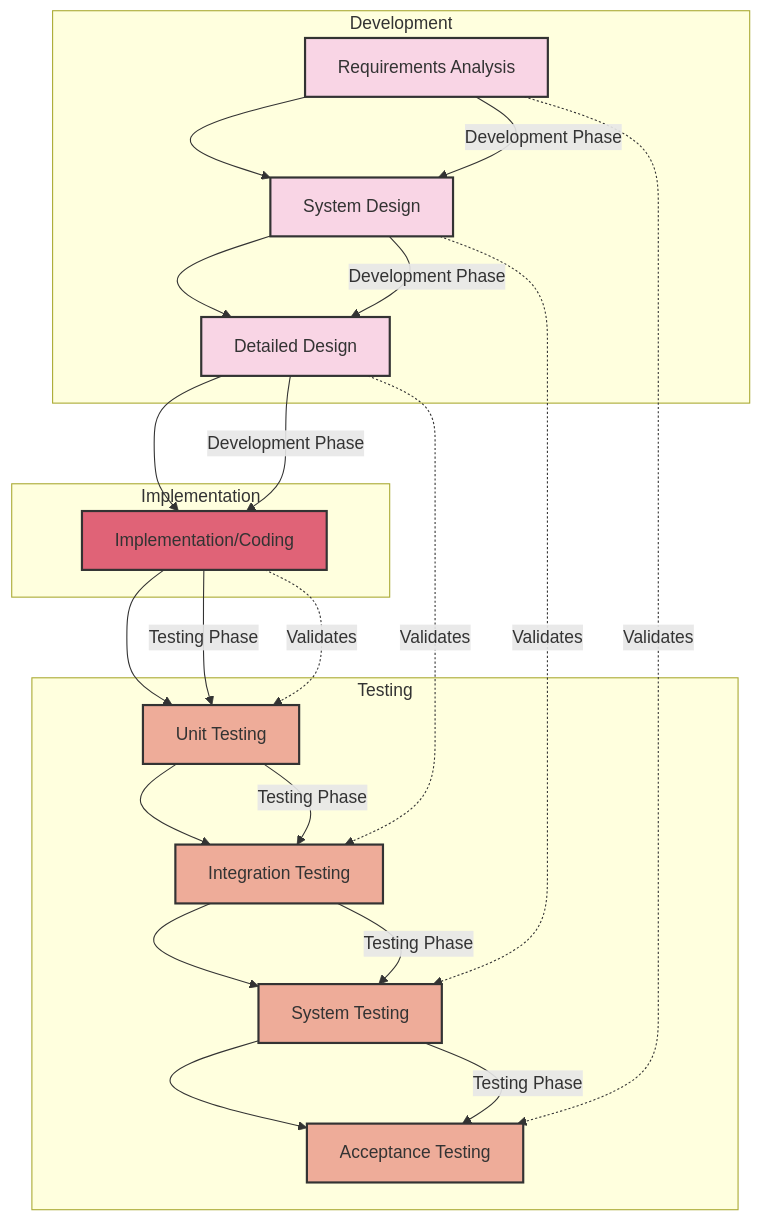
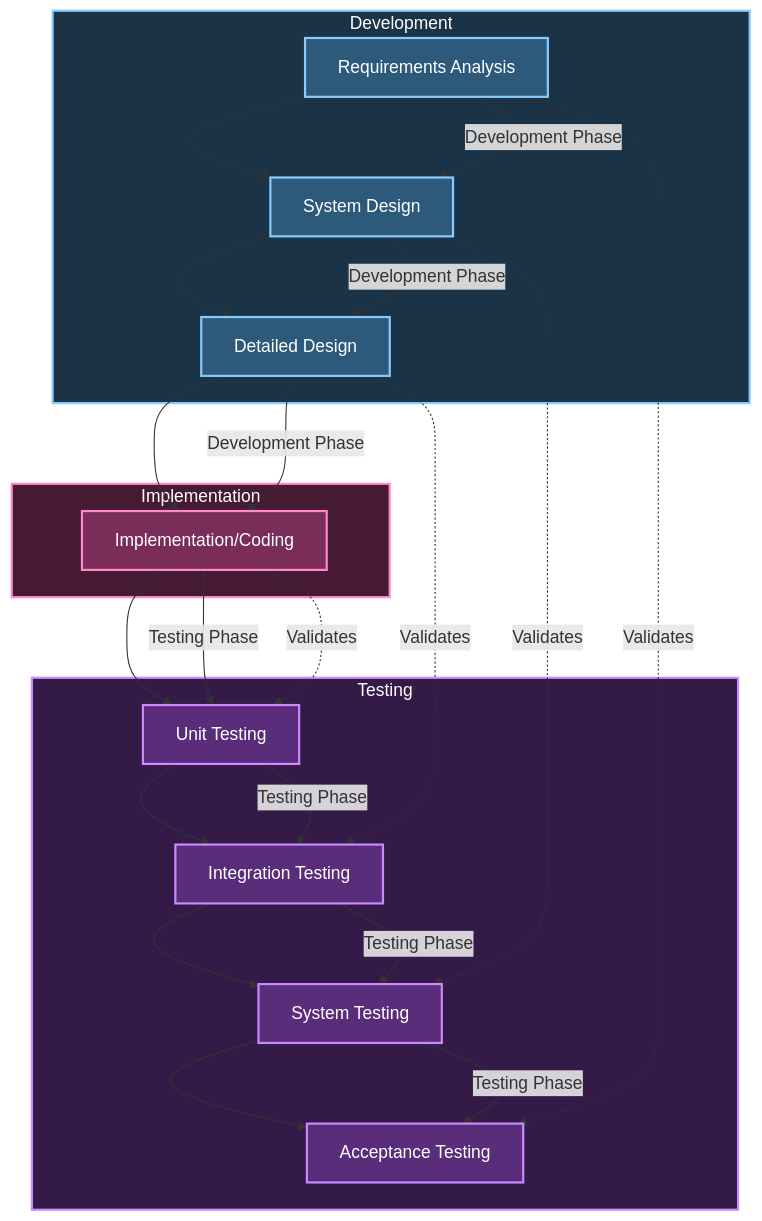
Before and after one commit to wegscpc/quality-documentation: the diagram in V-model.md, drawn with Mermaid.

Commit message:
updating colors for diagram

````diff
--- a/V-model.md
+++ b/V-model.md
@@ -19,52 +19,57 @@
 ```mermaid
 graph TD
     A[Requirements Analysis] --> B[System Design]
     B --> C[Detailed Design]
     C --> D[Implementation/Coding]
     D --> E[Unit Testing]
     E --> F[Integration Testing]
     F --> G[System Testing]
     G --> H[Acceptance Testing]
     
     %% Positioning to create V shape
     A[Requirements Analysis] --> |Development Phase| B[System Design]
     B[System Design] --> |Development Phase| C[Detailed Design]
     C[Detailed Design] --> |Development Phase| D[Implementation/Coding]
     D[Implementation/Coding] --> |Testing Phase| E[Unit Testing]
     E[Unit Testing] --> |Testing Phase| F[Integration Testing]
     F[Integration Testing] --> |Testing Phase| G[System Testing]
     G[System Testing] --> |Testing Phase| H[Acceptance Testing]
     
     %% Verification and Validation links
     A -.->|Validates| H
     B -.->|Validates| G
     C -.->|Validates| F
     D -.->|Validates| E
     
-    %% Layout adjustments
-    classDef leftSide fill:#f9d5e5,stroke:#333,stroke-width:2px;
-    classDef rightSide fill:#eeac99,stroke:#333,stroke-width:2px;
-    classDef center fill:#e06377,stroke:#333,stroke-width:2px;
+    %% Layout adjustments with dark theme friendly colors
+    classDef leftSide fill:#2d5a7b,stroke:#88ccff,stroke-width:2px,color:#fff;
+    classDef rightSide fill:#5a2d7b,stroke:#cc88ff,stroke-width:2px,color:#fff;
+    classDef center fill:#7b2d5a,stroke:#ff88cc,stroke-width:2px,color:#fff;
     
     class A,B,C leftSide;
     class E,F,G,H rightSide;
     class D center;
     
-    %% Positioning
+    %% Positioning with styled subgraphs
     subgraph Development
         A
         B
         C
     end
     
     subgraph Testing
         E
         F
         G
         H
     end
     
     subgraph Implementation
         D
     end
+
+    %% Style subgraphs
+    style Development fill:#1a3347,stroke:#88ccff,stroke-width:2px,color:#fff;
+    style Testing fill:#331a47,stroke:#cc88ff,stroke-width:2px,color:#fff;
+    style Implementation fill:#471a33,stroke:#ff88cc,stroke-width:2px,color:#fff;
 ```
````
